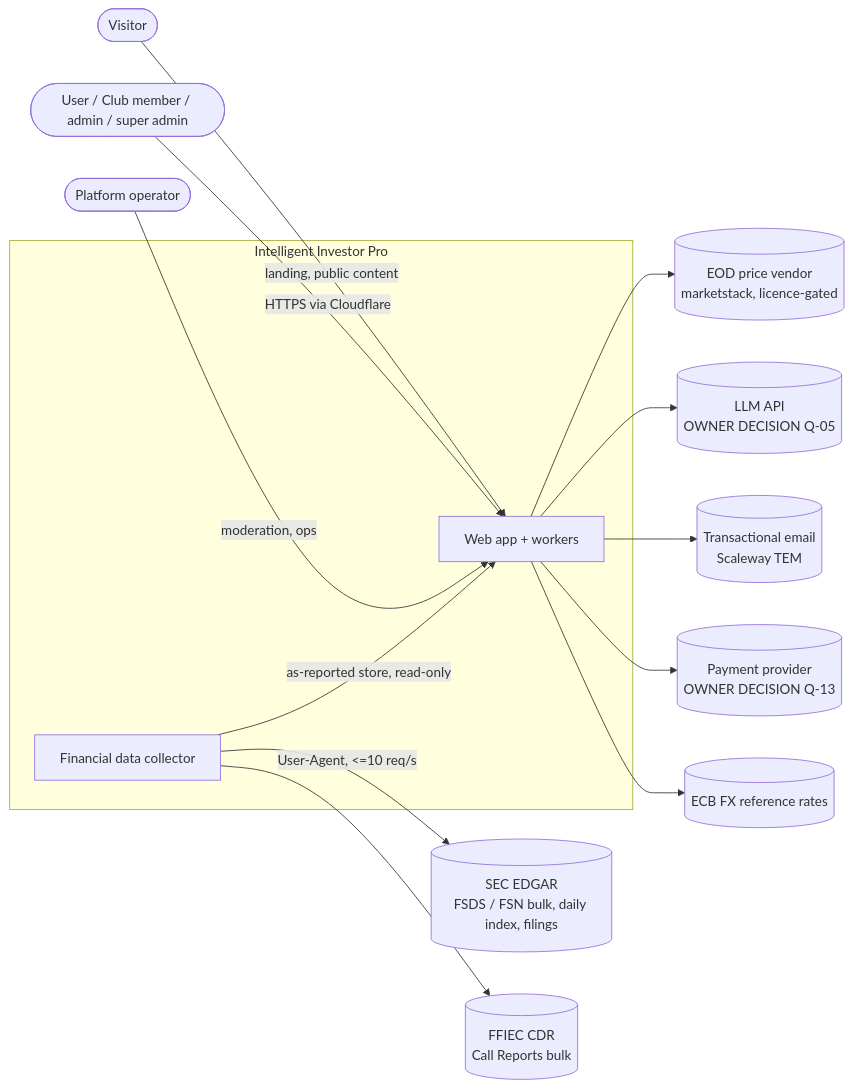
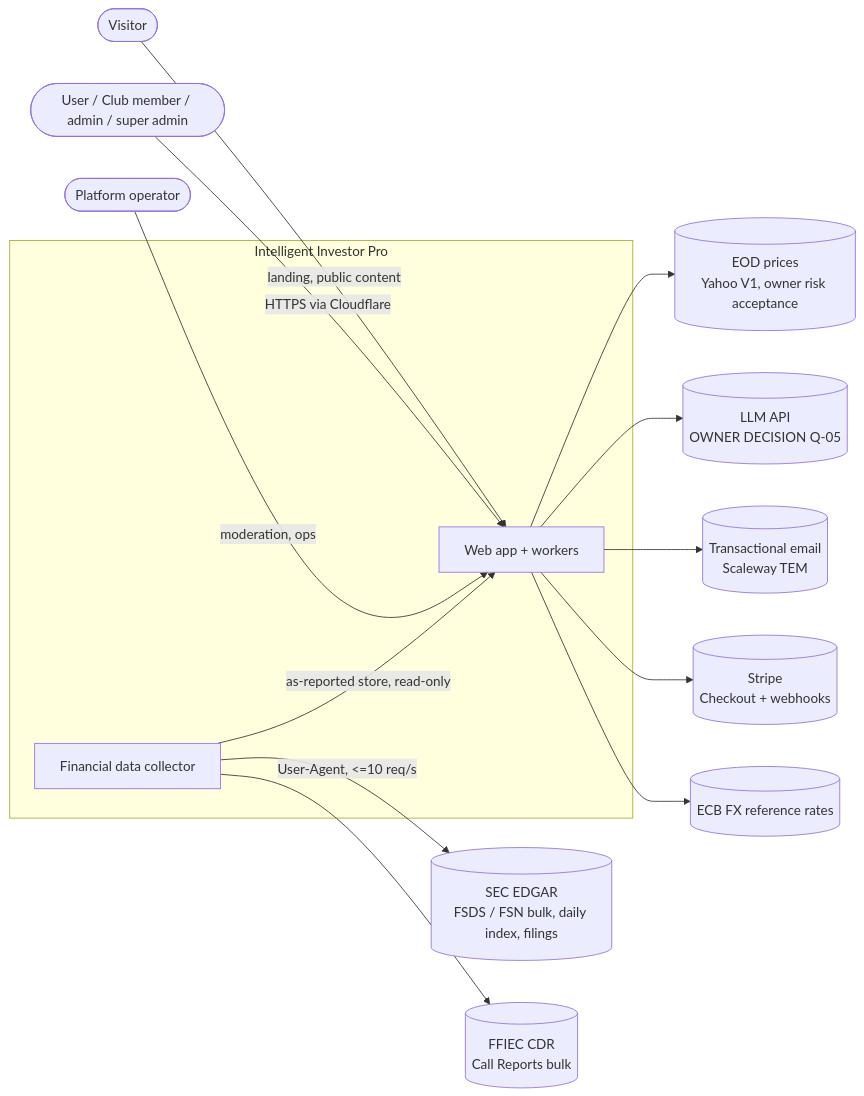
The first of 2 diagrams in docs/architecture/00-overview.md (dsastriques/intelligent_investor_social), drawn with Mermaid before and after one commit. The commit also changed other lines of this file and 10 other files, not shown here.

First line of the commit message:
docs(architecture): system design v0.3 - owner decisions on hosting, prices, payments

````diff
--- a/docs/architecture/00-overview.md
+++ b/docs/architecture/00-overview.md
@@ -72,28 +76,28 @@
 ```mermaid
 flowchart LR
   visitor([Visitor])
   user([User / Club member / admin / super admin])
   operator([Platform operator])
   subgraph IIP[Intelligent Investor Pro]
     app[Web app + workers]
     fdc[Financial data collector]
   end
   sec[(SEC EDGAR<br/>FSDS / FSN bulk, daily index, filings)]
   ffiec[(FFIEC CDR<br/>Call Reports bulk)]
-  price[(EOD price vendor<br/>marketstack, licence-gated)]
+  price[(EOD prices<br/>Yahoo V1, owner risk acceptance)]
   llm[(LLM API<br/>OWNER DECISION Q-05)]
   mail[(Transactional email<br/>Scaleway TEM)]
-  pay[(Payment provider<br/>OWNER DECISION Q-13)]
+  pay[(Stripe<br/>Checkout + webhooks)]
   fx[(ECB FX reference rates)]
   visitor -->|landing, public content| app
   user -->|HTTPS via Cloudflare| app
   operator -->|moderation, ops| app
   fdc -->|User-Agent, <=10 req/s| sec
   fdc --> ffiec
   app --> price
   app --> llm
   app --> mail
   app --> pay
   app --> fx
   fdc -->|as-reported store, read-only| app
 ```
````
